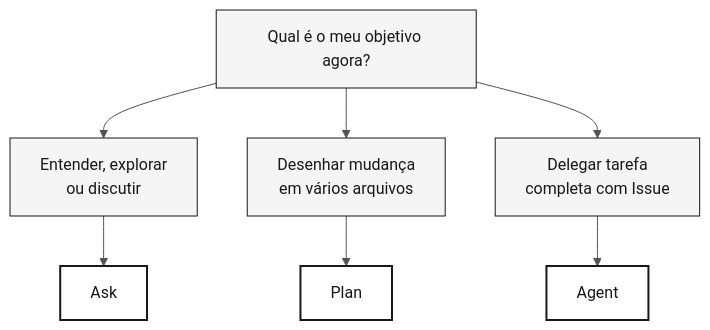
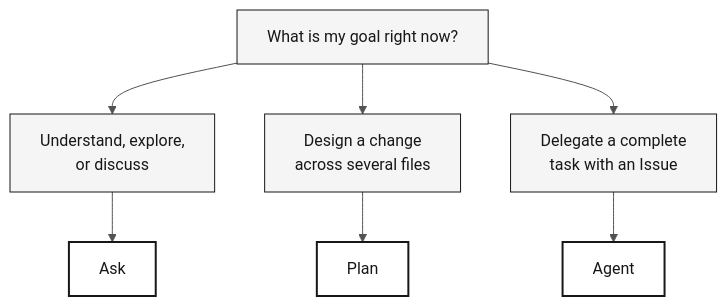
One commit to paulasilvatech/datacorp-mm-team-kit changed the diagram in 09-cheat-sheets/copilot-3-modes.md. Above: the diagram before and after it, drawn with Mermaid. The commit also changed other lines of this file and 169 other files, not shown here.

````diff
--- a/09-cheat-sheets/copilot-3-modes.md
+++ b/09-cheat-sheets/copilot-3-modes.md
@@ -50,15 +48,15 @@
 ```mermaid
 %%{init: {'theme':'neutral','themeVariables':{'fontFamily':'ui-sans-serif, system-ui, sans-serif','primaryColor':'#F5F5F5','primaryTextColor':'#171717','primaryBorderColor':'#171717','lineColor':'#525252','secondaryColor':'#FFFFFF','tertiaryColor':'#FAFAFA','background':'#FFFFFF'}}}%%
 flowchart TD
     classDef step fill:#F5F5F5,stroke:#171717,color:#171717
     classDef result fill:#FFFFFF,stroke:#171717,color:#171717,stroke-width:2px
 
-    Q["Qual é o meu objetivo agora?"]:::step
-    Q --> E["Entender, explorar<br/>ou discutir"]:::step
-    Q --> D["Desenhar mudança<br/>em vários arquivos"]:::step
-    Q --> G["Delegar tarefa<br/>completa com Issue"]:::step
+    Q["What is my goal right now?"]:::step
+    Q --> E["Understand, explore,<br/>or discuss"]:::step
+    Q --> D["Design a change<br/>across several files"]:::step
+    Q --> G["Delegate a complete<br/>task with an Issue"]:::step
 
     E --> Ask["Ask"]:::result
     D --> Plan["Plan"]:::result
     G --> Agent["Agent"]:::result
 ```
````
